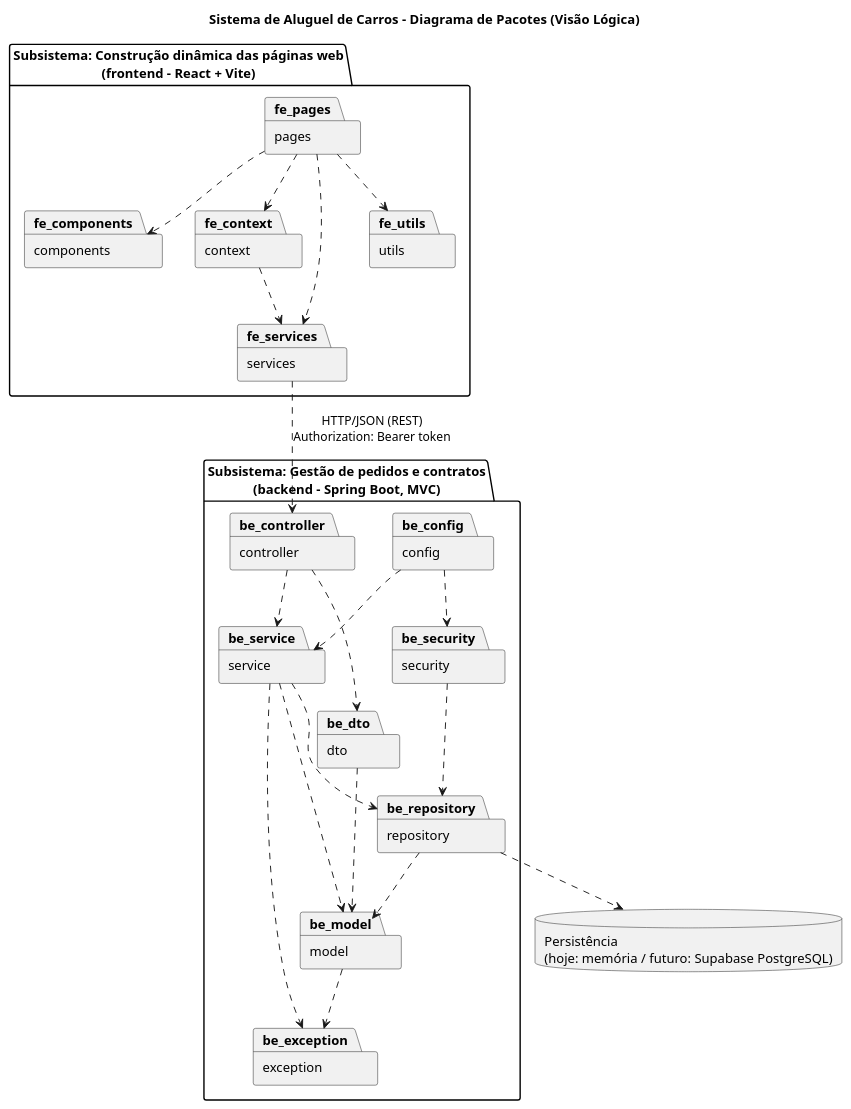
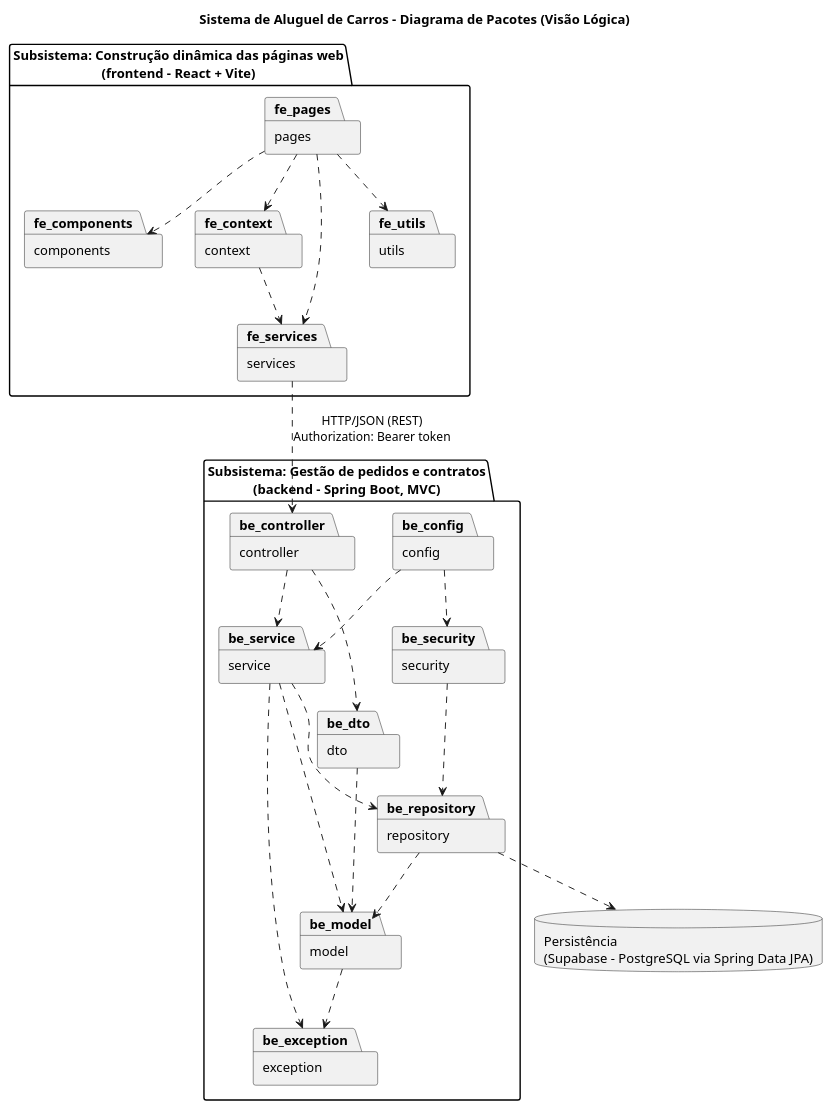
Before and after one commit to ArthurMoraesBraga/DevLabs: the diagram in React+Spring-boot/aluguel-carros/docs/diagramas/pacotes.puml, drawn with PlantUML. The commit also changed 1 other file, not shown here.

Commit message:
docs(uml): alinhar diagramas ao codigo (imagemUrl no Automovel e persistencia Supabase/JPA)

```diff
--- a/React+Spring-boot/aluguel-carros/docs/diagramas/pacotes.puml
+++ b/React+Spring-boot/aluguel-carros/docs/diagramas/pacotes.puml
@@ -1,46 +1,46 @@
 @startuml pacotes
 title Sistema de Aluguel de Carros - Diagrama de Pacotes (Visão Lógica)
 skinparam packageStyle folder
 
 package "Subsistema: Construção dinâmica das páginas web\n(frontend - React + Vite)" as FE {
   package "pages" as fe_pages
   package "components" as fe_components
   package "context" as fe_context
   package "services" as fe_services
   package "utils" as fe_utils
 }
 
 package "Subsistema: Gestão de pedidos e contratos\n(backend - Spring Boot, MVC)" as BE {
   package "controller" as be_controller
   package "dto" as be_dto
   package "service" as be_service
   package "model" as be_model
   package "repository" as be_repository
   package "security" as be_security
   package "config" as be_config
   package "exception" as be_exception
 }
 
-database "Persistência\n(hoje: memória / futuro: Supabase PostgreSQL)" as DB
+database "Persistência\n(Supabase - PostgreSQL via Spring Data JPA)" as DB
 
 fe_pages ..> fe_components
 fe_pages ..> fe_context
 fe_pages ..> fe_services
 fe_pages ..> fe_utils
 fe_context ..> fe_services
 
 fe_services ..> be_controller : HTTP/JSON (REST)\nAuthorization: Bearer token
 
 be_controller ..> be_dto
 be_controller ..> be_service
 be_dto ..> be_model
 be_service ..> be_model
 be_service ..> be_repository
 be_service ..> be_exception
 be_repository ..> be_model
 be_repository ..> DB
 be_security ..> be_repository
 be_config ..> be_security
 be_config ..> be_service
 be_model ..> be_exception
 @enduml
```
